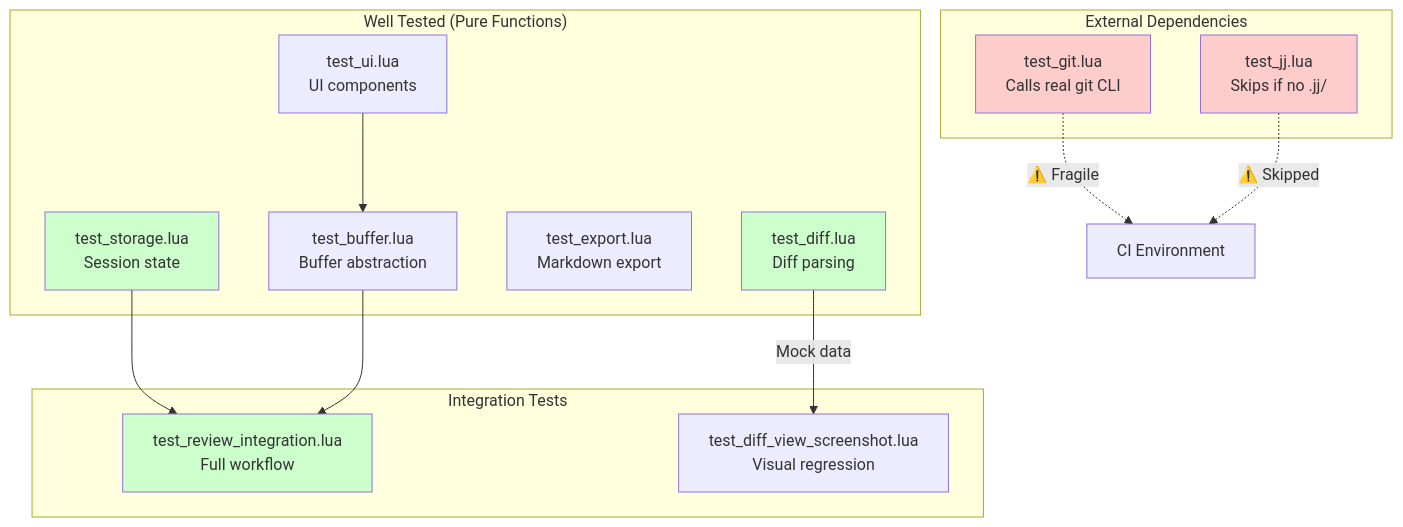
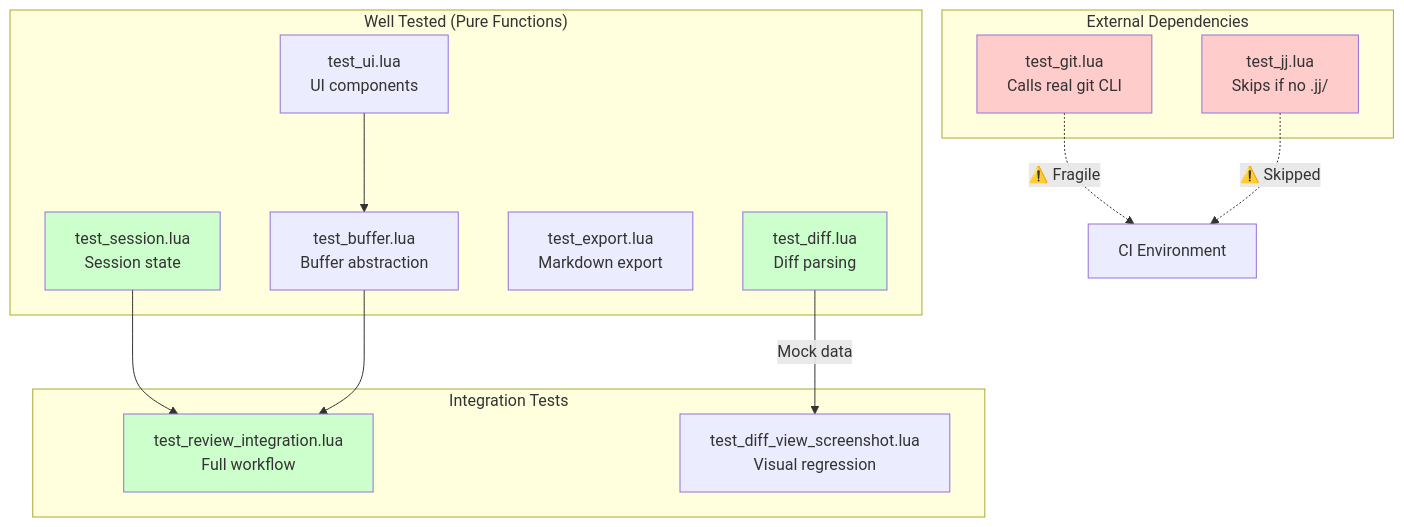
Before and after one commit to krisajenkins/oversight.nvim: the diagram in docs/test-suite-review.md, drawn with Mermaid. The commit also changed other lines of this file and 10 other files, not shown here.

First line of the commit message:
Rename storage/ to session: move lib/storage/session.lua to lib/session.lua

````diff
--- a/docs/test-suite-review.md
+++ b/docs/test-suite-review.md
@@ -138,34 +138,34 @@
 ```mermaid
 graph TD
     subgraph "Well Tested (Pure Functions)"
         DIFF[test_diff.lua<br/>Diff parsing]
-        STORAGE[test_storage.lua<br/>Session state]
+        SESSION[test_session.lua<br/>Session state]
         EXPORT[test_export.lua<br/>Markdown export]
         UI[test_ui.lua<br/>UI components]
         BUFFER[test_buffer.lua<br/>Buffer abstraction]
     end
 
     subgraph "Integration Tests"
         REVIEW[test_review_integration.lua<br/>Full workflow]
         SCREENSHOT[test_diff_view_screenshot.lua<br/>Visual regression]
     end
 
     subgraph "External Dependencies"
         GIT[test_git.lua<br/>Calls real git CLI]
         JJ[test_jj.lua<br/>Skips if no .jj/]
     end
 
     DIFF --> |"Mock data"| SCREENSHOT
-    STORAGE --> REVIEW
+    SESSION --> REVIEW
     UI --> BUFFER
     BUFFER --> REVIEW
 
     GIT -.-> |"⚠️ Fragile"| CI[CI Environment]
     JJ -.-> |"⚠️ Skipped"| CI
 
     style GIT fill:#ffcccc
     style JJ fill:#ffcccc
     style DIFF fill:#ccffcc
-    style STORAGE fill:#ccffcc
+    style SESSION fill:#ccffcc
     style REVIEW fill:#ccffcc
 ```
````
